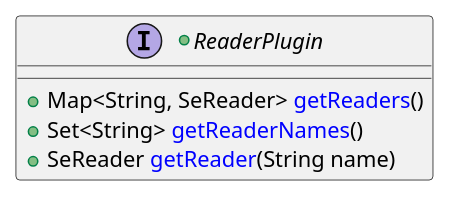
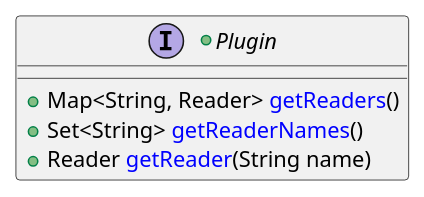
One commit to calypsonet/keyple changed the third of 20 diagrams in src/KeypleCoreApi/puml/KeypleCore_Reader_ClassDiag_ClassElements.iuml. Above: the diagram before and after it, drawn with PlantUML. The commit also changed other lines of this file and 34 other files, not shown here.

```diff
--- a/src/KeypleCoreApi/puml/KeypleCore_Reader_ClassDiag_ClassElements.iuml
+++ b/src/KeypleCoreApi/puml/KeypleCore_Reader_ClassDiag_ClassElements.iuml
@@ -40,7 +40,7 @@
 @startuml(id=READER_PLUGIN_1_0_0_PLUGIN)
-+interface ReaderPlugin {
-  +Map<String, SeReader> <color:blue>getReaders</color>()
++interface Plugin {
+  +Map<String, Reader> <color:blue>getReaders</color>()
   +Set<String> <color:blue>getReaderNames</color>()
-  +SeReader <color:blue>getReader</color>(String name)
+  +Reader <color:blue>getReader</color>(String name)
 }
 @enduml
```
